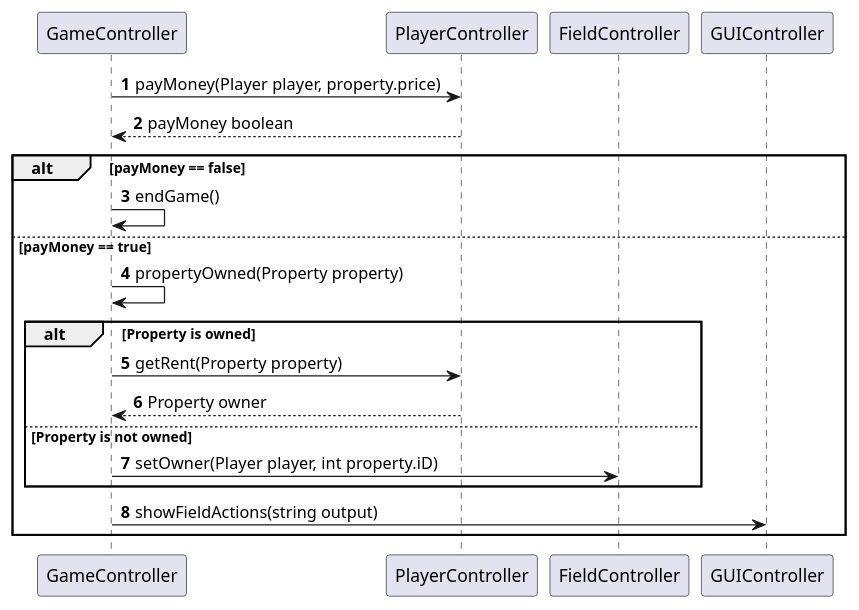
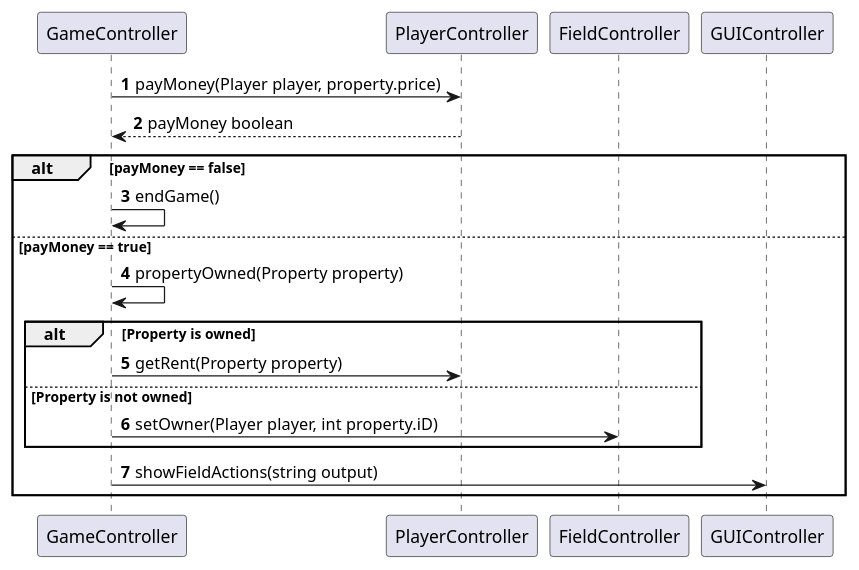
The diagram in src/main/resources/LandOnPropertySequenceDiagram.puml (Gruppe-10-DTU/CDIO-FINAL), drawn with PlantUML before and after one commit. The commit also changed 1 other file, not shown here.

Commit message:
Added methods to ControllerDiagram based on SequenceDiagram

```diff
--- a/src/main/resources/LandOnPropertySequenceDiagram.puml
+++ b/src/main/resources/LandOnPropertySequenceDiagram.puml
@@ -1,18 +1,17 @@
 @startuml
 
 autonumber
 GameController -> PlayerController: payMoney(Player player, property.price)
 PlayerController --> GameController: payMoney boolean
 alt payMoney == false
     GameController -> GameController: endGame()
 else payMoney == true
     GameController -> GameController: propertyOwned(Property property)
     alt Property is owned
     GameController -> PlayerController: getRent(Property property)
-    PlayerController --> GameController: Property owner
     else Property is not owned
     GameController -> FieldController: setOwner(Player player, int property.iD)
     end
     GameController -> GUIController: showFieldActions(string output)
 end
 @enduml
```
